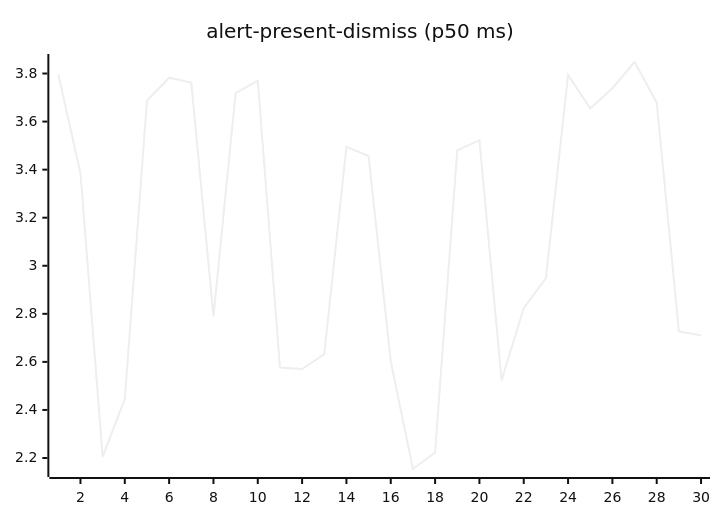
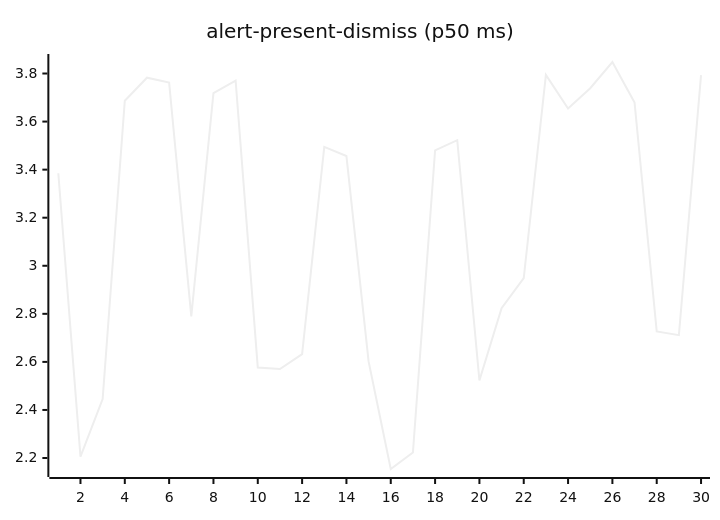
One commit to josha/Facet changed the second of 27 diagrams in README.md. Above: the diagram before and after it, drawn with Mermaid (neutral theme). The commit also changed other lines of this file and 2 other files, not shown here.

````diff
--- a/README.md
+++ b/README.md
@@ -70,6 +70,6 @@
 ```mermaid
 xychart-beta
     title "alert-present-dismiss (p50 ms)"
     x-axis 1 --> 30
-    line [3.7961, 3.3851, 2.2058, 2.4450, 3.6869, 3.7826, 3.7621, 2.7891, 3.7187, 3.7708, 2.5766, 2.5704, 2.6324, 3.4949, 3.4566, 2.6019, 2.1543, 2.2230, 3.4803, 3.5227, 2.5229, 2.8233, 2.9484, 3.7942, 3.6546, 3.7386, 3.8479, 3.6788, 2.7270, 2.7111]
+    line [3.3851, 2.2058, 2.4450, 3.6869, 3.7826, 3.7621, 2.7891, 3.7187, 3.7708, 2.5766, 2.5704, 2.6324, 3.4949, 3.4566, 2.6019, 2.1543, 2.2230, 3.4803, 3.5227, 2.5229, 2.8233, 2.9484, 3.7942, 3.6546, 3.7386, 3.8479, 3.6788, 2.7270, 2.7111, 3.7936]
 ```
````
